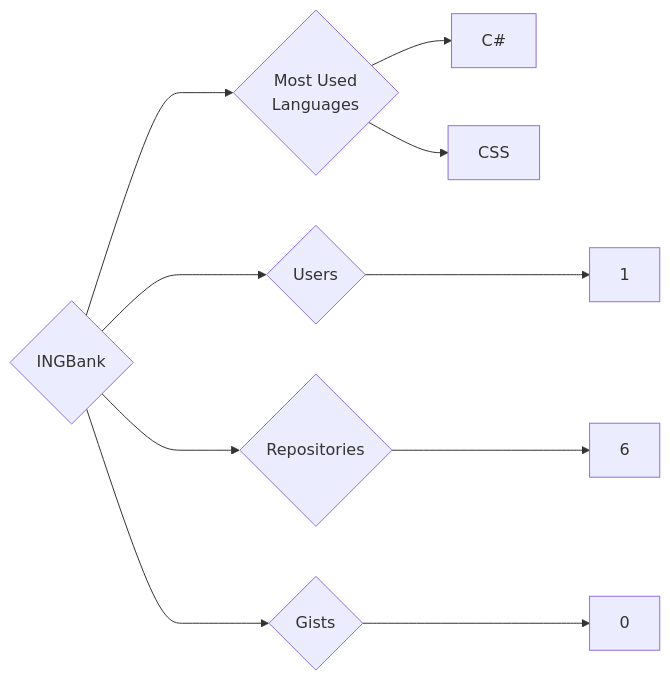
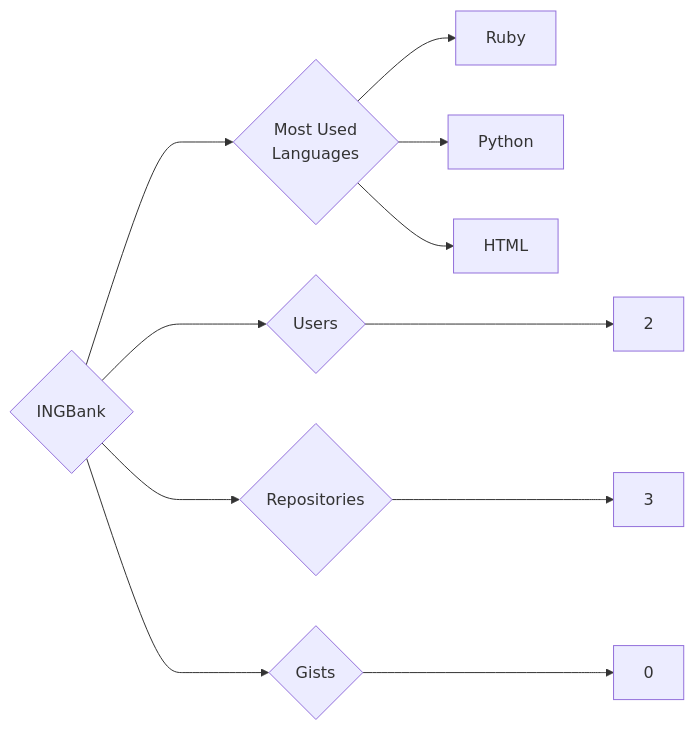
One commit to trickest/insiders changed the diagram in targets/INGBank/README.md. Above: the diagram before and after it, drawn with Mermaid. The commit also changed 723 other files, not shown here.

````diff
--- a/targets/INGBank/README.md
+++ b/targets/INGBank/README.md
@@ -3,10 +3,11 @@
 ```mermaid
 graph LR
 COMPANY_NAME{INGBank}
-COMPANY_NAME ---> U{Users} ---> UN[1]
-COMPANY_NAME ---> R{Repositories} ---> RN[6]
+COMPANY_NAME ---> U{Users} ---> UN[2]
+COMPANY_NAME ---> R{Repositories} ---> RN[3]
 COMPANY_NAME ---> G{Gists} ---> GN[0]
 COMPANY_NAME ---> ML{Most Used<br>Languages}
-ML --> C#[C#]
-ML --> CSS[CSS]
+ML --> Ruby[Ruby]
+ML --> Python[Python]
+ML --> HTML[HTML]
 ```
````
